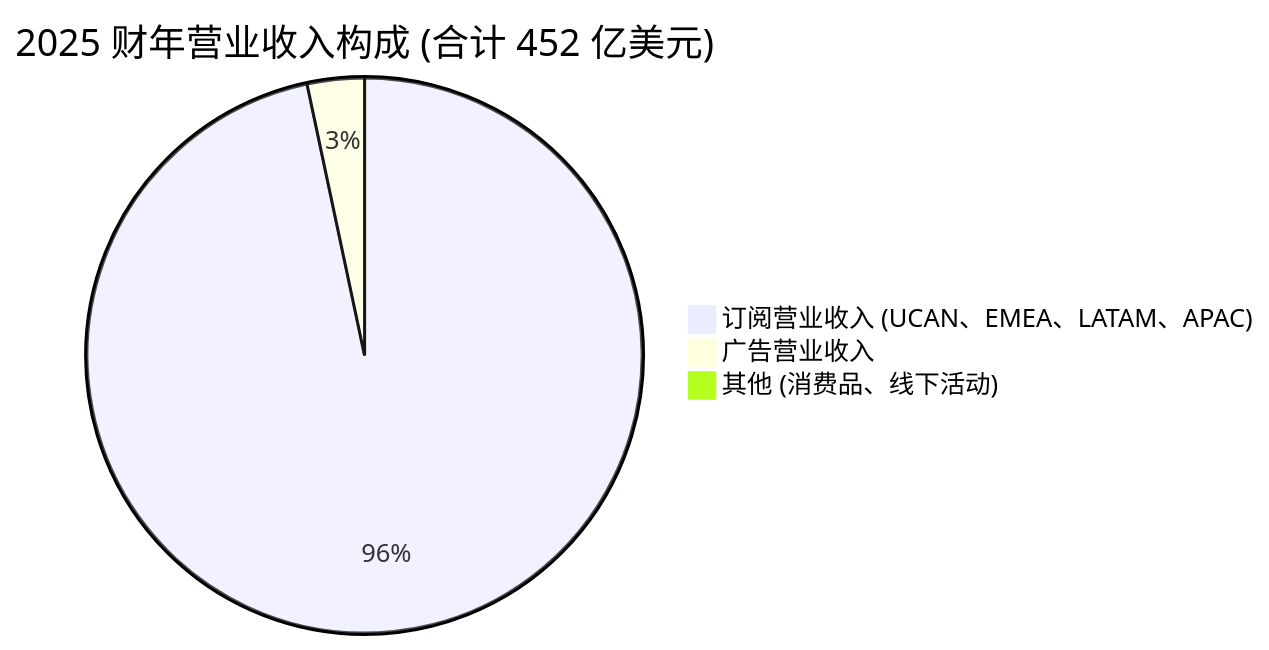
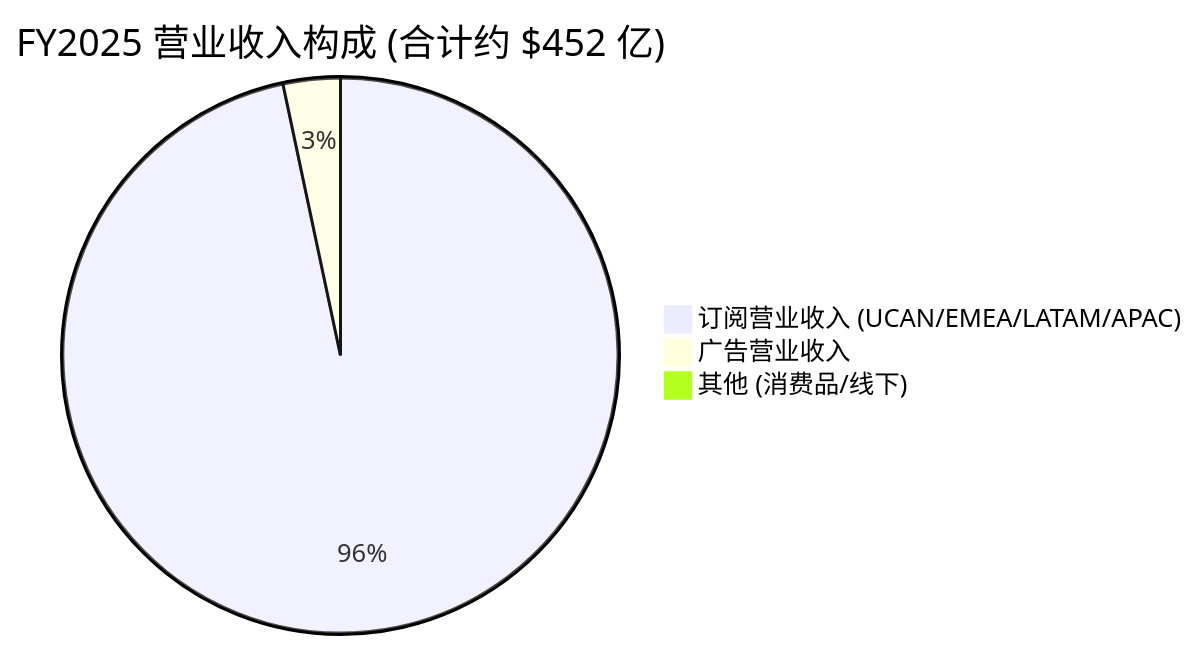
The third of 5 diagrams in reports/company/Netflix_NASDAQ_NFLX/Netflix_NASDAQ_NFLX_公司研究.md (dadachundan/financial_agent), drawn with Mermaid before and after one commit. The commit also changed other lines of this file, not shown here.

````diff
--- a/reports/company/Netflix_NASDAQ_NFLX/Netflix_NASDAQ_NFLX_公司研究.md
+++ b/reports/company/Netflix_NASDAQ_NFLX/Netflix_NASDAQ_NFLX_公司研究.md
@@ -247,6 +709,6 @@
 ```mermaid
-pie title 2025 财年营业收入构成 (合计 452 亿美元)
-    "订阅营业收入 (UCAN、EMEA、LATAM、APAC)" : 43.6
-    "广告营业收入" : 1.5
-    "其他 (消费品、线下活动)" : 0.1
+pie title FY2025 营业收入构成 (合计约 $452 亿)
+    "订阅营业收入 (UCAN/EMEA/LATAM/APAC)" : 436
+    "广告营业收入" : 15
+    "其他 (消费品/线下)" : 1
 ```
````
